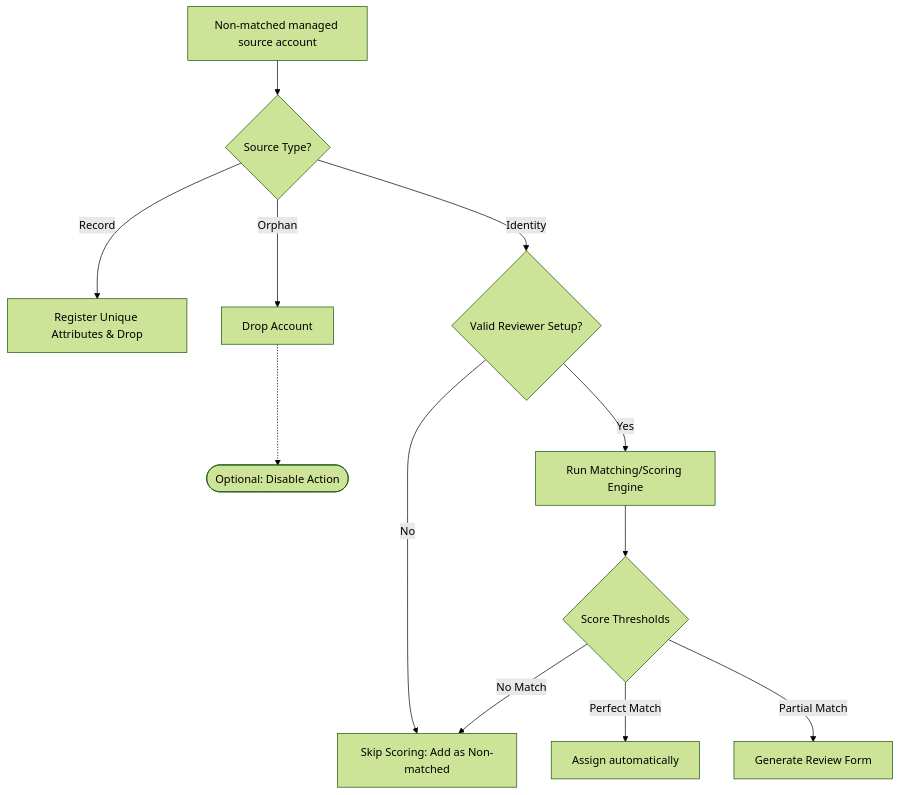
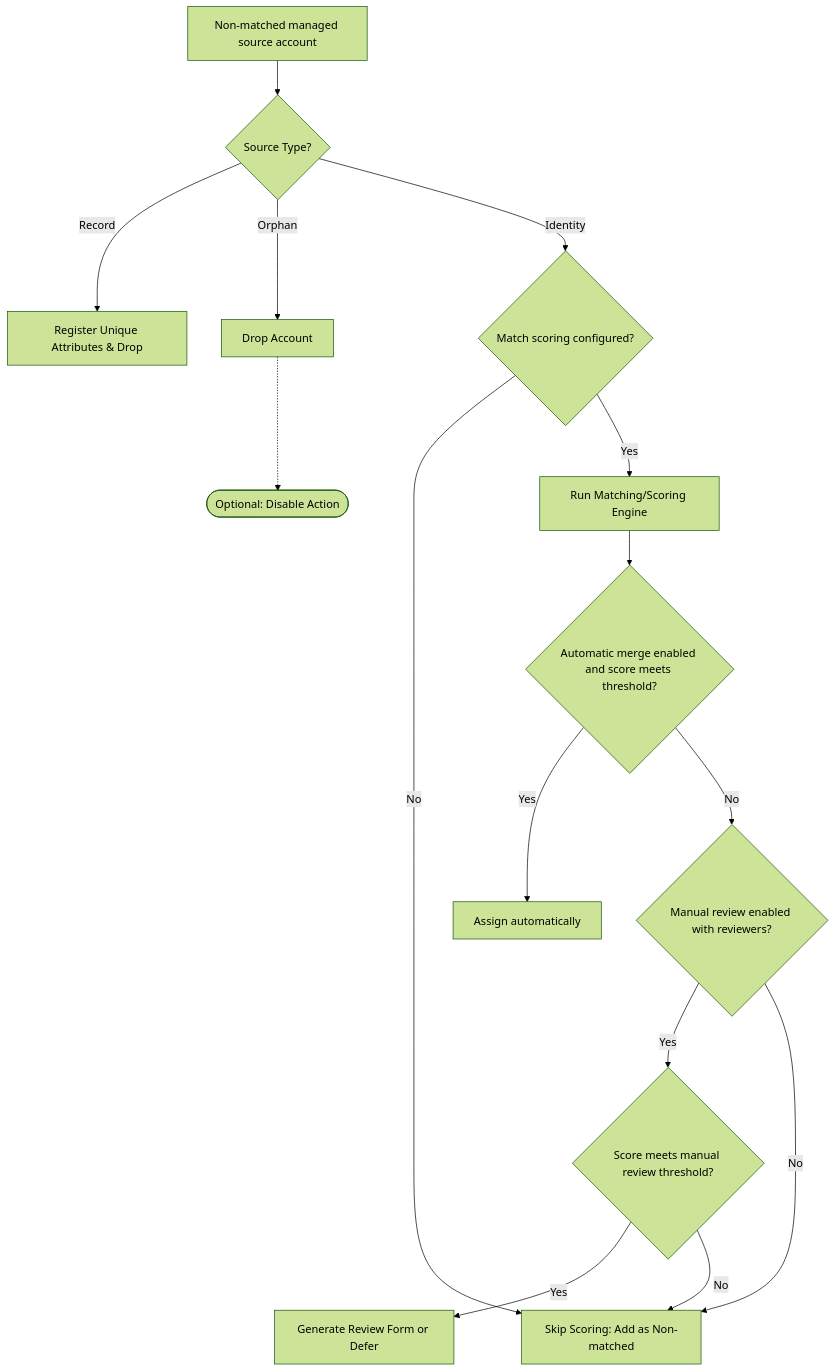
The second of 2 diagrams in docs/operations/account-list.md (fernando-delosrios-sp/colab-saas-conn-sailpoint-identity-fusion), drawn with Mermaid (forest theme) before and after one commit. The commit also changed other lines of this file and 28 other files, not shown here.

First line of the commit message:
feat(matching)!: auto-merge without reviewers and manual review toggle

````diff
--- a/docs/operations/account-list.md
+++ b/docs/operations/account-list.md
@@ -99,14 +99,17 @@
 ```mermaid
 flowchart TD
     A[Non-matched managed source account] --> B{Source Type?}
     B -- Record --> C[Register Unique Attributes & Drop]
     B -- Orphan --> D[Drop Account]
     D -.-> E([Optional: Disable Action])
-    B -- Identity --> F{Valid Reviewer Setup?}
+    B -- Identity --> F{Match scoring configured?}
     F -- No --> G[Skip Scoring: Add as Non-matched]
     F -- Yes --> H[Run Matching/Scoring Engine]
-    H --> I{Score Thresholds}
-    I -- Perfect Match --> J[Assign automatically]
-    I -- Partial Match --> K[Generate Review Form]
-    I -- No Match --> G
+    H --> I{Automatic merge enabled and score meets threshold?}
+    I -- Yes --> J[Assign automatically]
+    I -- No --> K{Manual review enabled with reviewers?}
+    K -- Yes --> L{Score meets manual review threshold?}
+    L -- Yes --> M[Generate Review Form or Defer]
+    L -- No --> G
+    K -- No --> G
 ```
````
